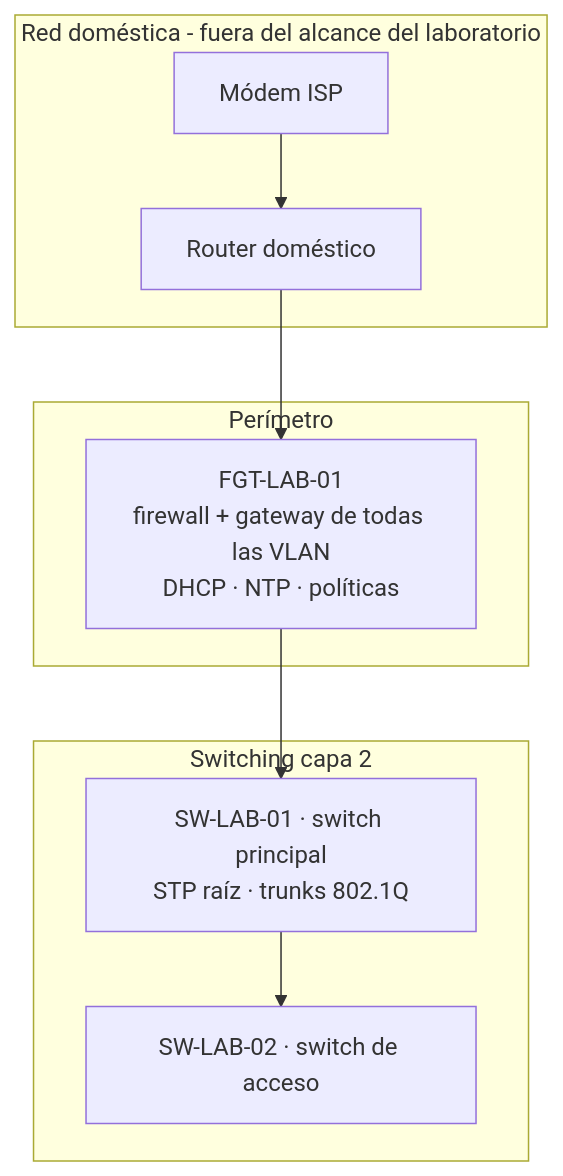
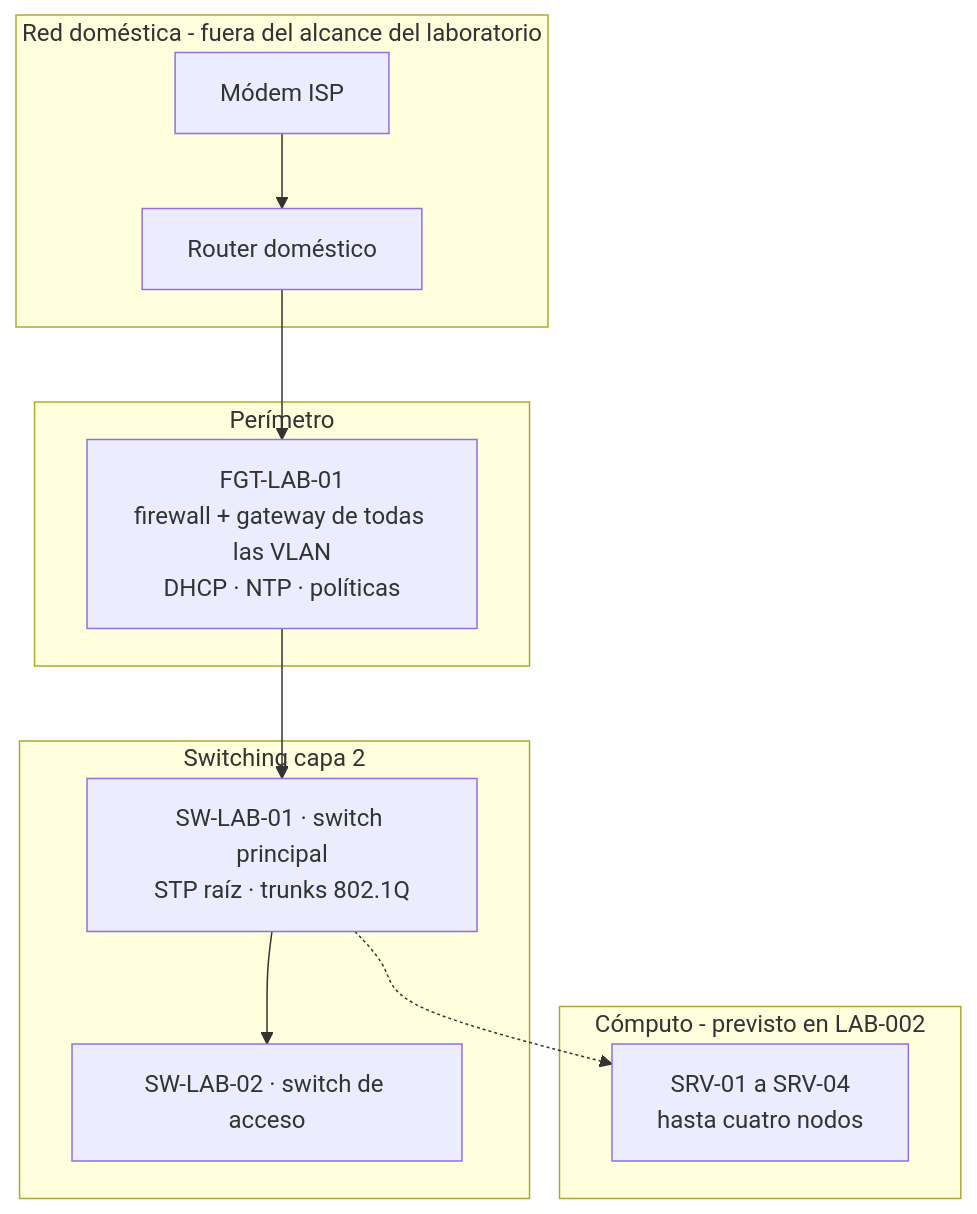
One commit to Alce1551/EICL-HOMELAB changed the first of 3 diagrams in docs/architecture.md. Above: the diagram before and after it, drawn with Mermaid. The commit also changed other lines of this file and 4 other files, not shown here.

````diff
--- a/docs/architecture.md
+++ b/docs/architecture.md
@@ -11,15 +11,19 @@
 ```mermaid
 flowchart TB
     subgraph Externa[Red doméstica - fuera del alcance del laboratorio]
         ISP[Módem ISP] --> ARC[Router doméstico]
     end
     subgraph Perimetro[Perímetro]
         FGT[FGT-LAB-01<br/>firewall + gateway de todas las VLAN<br/>DHCP · NTP · políticas]
     end
     subgraph Distribucion[Switching capa 2]
         SW1[SW-LAB-01 · switch principal<br/>STP raíz · trunks 802.1Q]
         SW2[SW-LAB-02 · switch de acceso]
     end
+    subgraph Computo[Cómputo - previsto en LAB-002]
+        NOD[SRV-01 a SRV-04<br/>hasta cuatro nodos]
+    end
     ARC --> FGT
     FGT --> SW1 --> SW2
+    SW1 -.-> NOD
 ```
````
